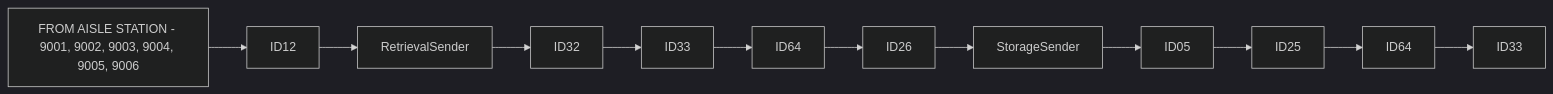
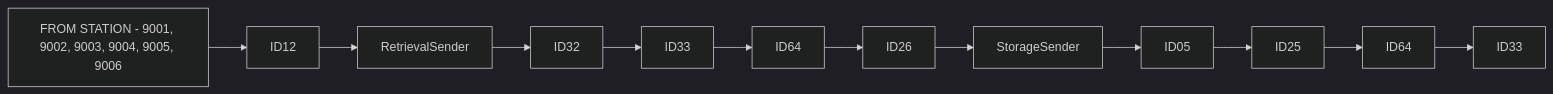
The first of 12 diagrams in Basic-Design/DFD-WMS/Retrieval/Transfer-Setting/Tempering-to-Ambient.md (luthfiadityaa/SimeDarby-Wiki), drawn with Mermaid (dark theme) before and after one commit. The commit also changed other lines of this file, not shown here.

Commit message:
Updated Tempering to Ambient

```diff
--- a/Basic-Design/DFD-WMS/Retrieval/Transfer-Setting/Tempering-to-Ambient.md
+++ b/Basic-Design/DFD-WMS/Retrieval/Transfer-Setting/Tempering-to-Ambient.md
@@ -8,5 +8,5 @@
 ::: mermaid
 flowchart LR
   
-P1[FROM AISLE STATION - 9001, 9002, 9003, 9004, 9005, 9006]-->P2[ID12]-->P3[RetrievalSender]-->P4[ID32]-->P5[ID33]-->P6[ID64]-->P7[ID26]-->P8[StorageSender]-->P9[ID05]-->P10[ID25]-->P11[ID64]-->P12[ID33]
+P1[FROM STATION - 9001, 9002, 9003, 9004, 9005, 9006]-->P2[ID12]-->P3[RetrievalSender]-->P4[ID32]-->P5[ID33]-->P6[ID64]-->P7[ID26]-->P8[StorageSender]-->P9[ID05]-->P10[ID25]-->P11[ID64]-->P12[ID33]
 :::
```
